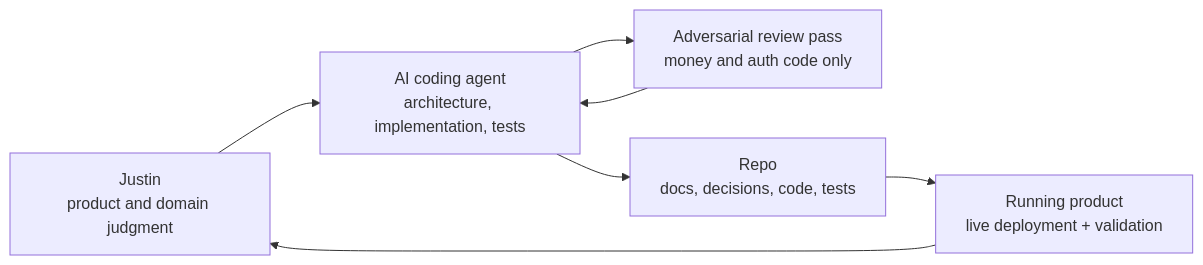
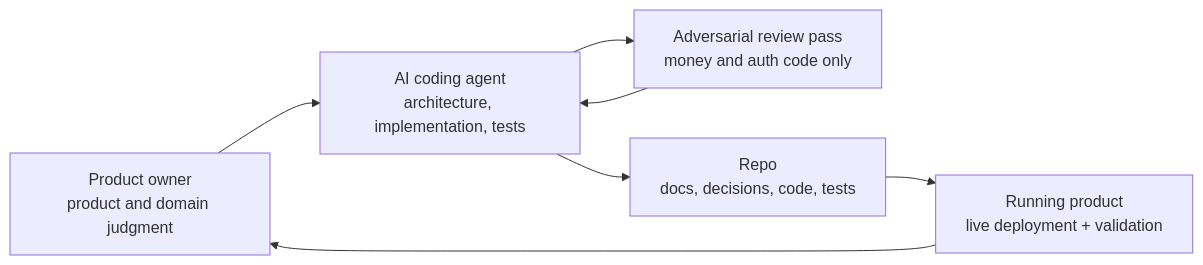
The diagram in OPERATING_MODEL.md (Wildsdesign/ProjectDesk-Proof), drawn with Mermaid before and after one commit. The commit also changed 3 other files, not shown here.

````diff
--- a/OPERATING_MODEL.md
+++ b/OPERATING_MODEL.md
@@ -13,15 +13,15 @@
 ```mermaid
 flowchart LR
-    Product["Justin<br/>product and domain judgment"]
+    Product["Product owner<br/>product and domain judgment"]
     Agent["AI coding agent<br/>architecture, implementation, tests"]
     Review["Adversarial review pass<br/>money and auth code only"]
     Repo["Repo<br/>docs, decisions, code, tests"]
     App["Running product<br/>live deployment + validation"]
 
     Product --> Agent
     Agent --> Review
     Review --> Agent
     Agent --> Repo
     Repo --> App
     App --> Product
 ```
````
